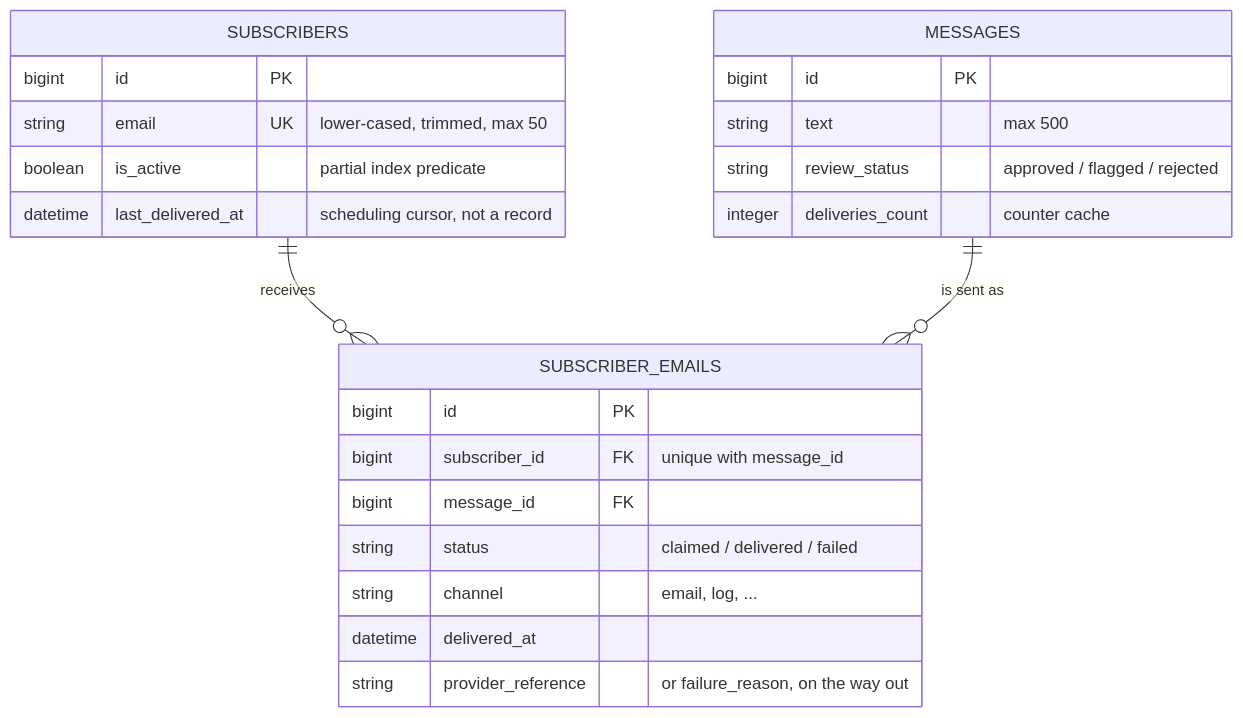
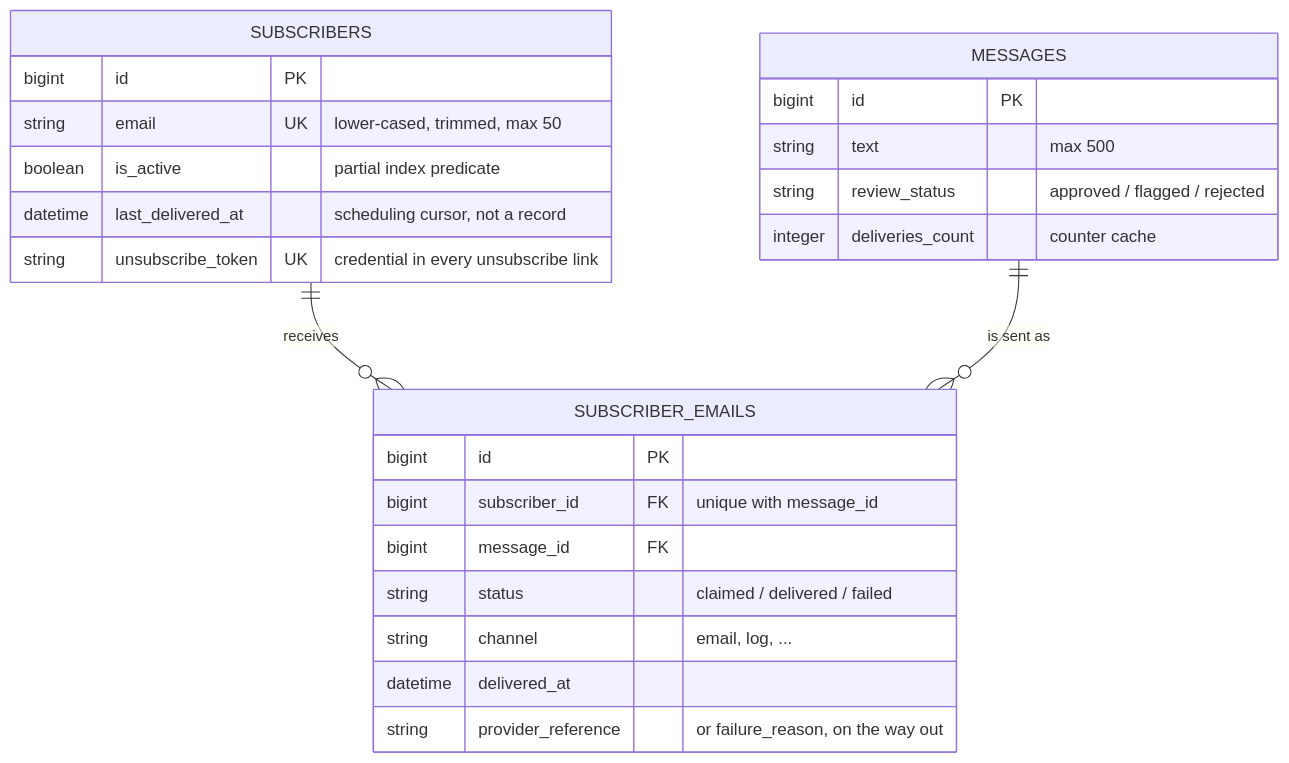
The second of 3 diagrams in README.md (alirazawatoo/wellness-message-dispatcher), drawn with Mermaid before and after one commit. The commit also changed other lines of this file and 12 other files, not shown here.

````diff
--- a/README.md
+++ b/README.md
@@ -128,27 +137,28 @@
 ```mermaid
 erDiagram
     SUBSCRIBERS ||--o{ SUBSCRIBER_EMAILS : receives
     MESSAGES    ||--o{ SUBSCRIBER_EMAILS : "is sent as"
 
     SUBSCRIBERS {
         bigint id PK
         string email UK "lower-cased, trimmed, max 50"
         boolean is_active "partial index predicate"
         datetime last_delivered_at "scheduling cursor, not a record"
+        string unsubscribe_token UK "credential in every unsubscribe link"
     }
     MESSAGES {
         bigint id PK
         string text "max 500"
         string review_status "approved / flagged / rejected"
         integer deliveries_count "counter cache"
     }
     SUBSCRIBER_EMAILS {
         bigint id PK
         bigint subscriber_id FK "unique with message_id"
         bigint message_id FK
         string status "claimed / delivered / failed"
         string channel "email, log, ..."
         datetime delivered_at
         string provider_reference "or failure_reason, on the way out"
     }
 ```
````
